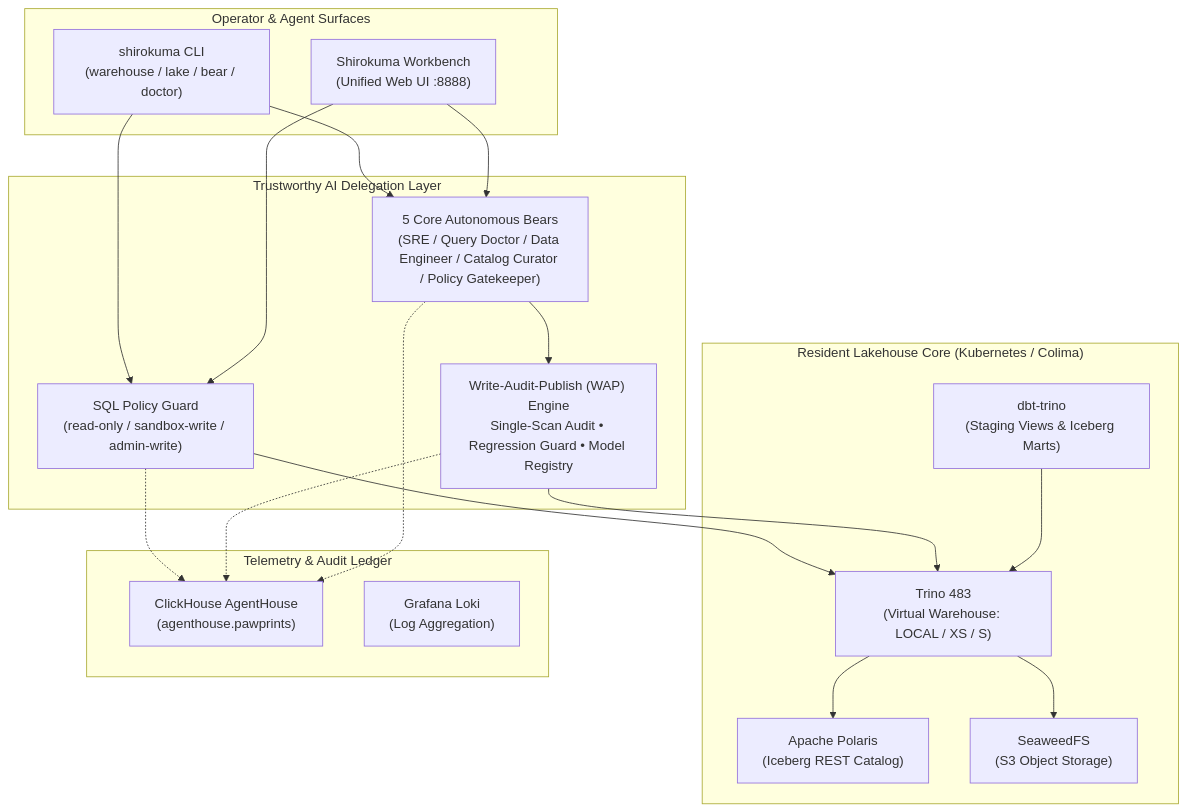
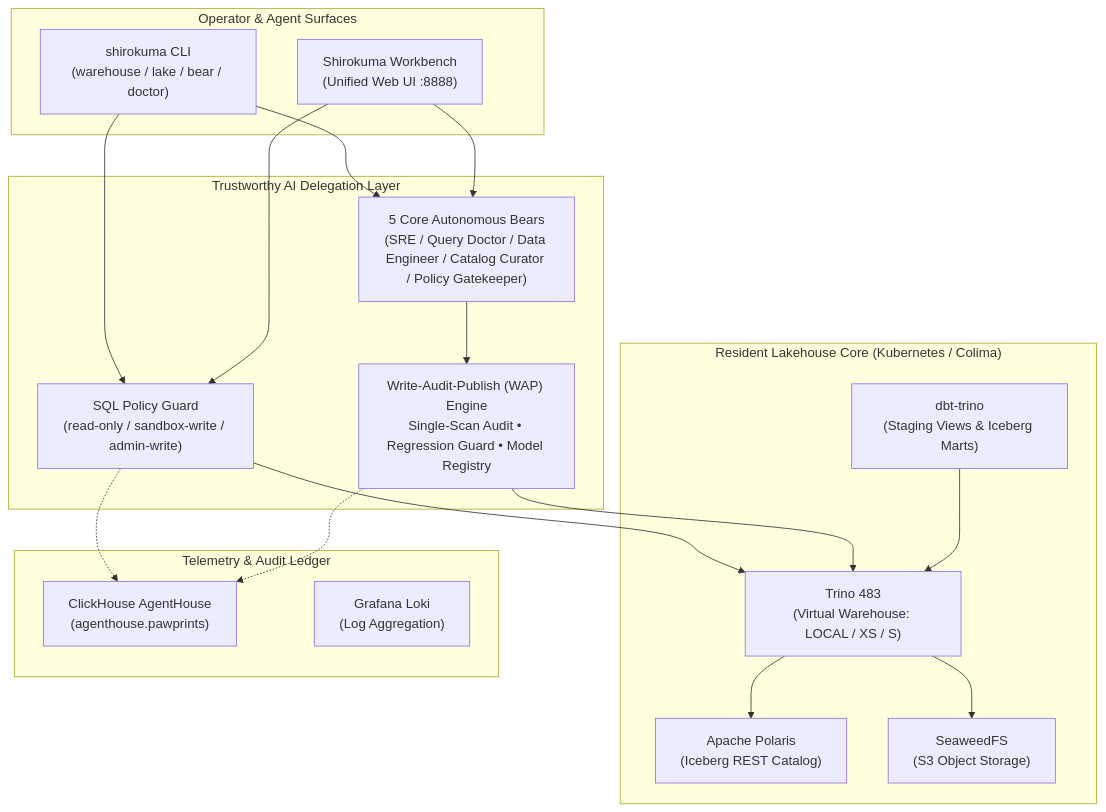
Before and after one commit to TommyKammy/Shirokuma: the diagram in README.md, drawn with Mermaid. The commit also changed other lines of this file and 49 other files, not shown here.

````diff
--- a/README.md
+++ b/README.md
@@ -26,39 +26,38 @@
 ```mermaid
 flowchart TB
     subgraph UI["Operator & Agent Surfaces"]
         CLI["shirokuma CLI<br/>(warehouse / lake / bear / doctor)"]
         WB["Shirokuma Workbench<br/>(Unified Web UI :8888)"]
     end
 
     subgraph Guardrails["Trustworthy AI Delegation Layer"]
         Pol["SQL Policy Guard<br/>(read-only / sandbox-write / admin-write)"]
         WAP["Write-Audit-Publish (WAP) Engine<br/>Single-Scan Audit • Regression Guard • Model Registry"]
         Bears["5 Core Autonomous Bears<br/>(SRE / Query Doctor / Data Engineer / Catalog Curator / Policy Gatekeeper)"]
     end
 
     subgraph Lakehouse["Resident Lakehouse Core (Kubernetes / Colima)"]
         Trino["Trino 483<br/>(Virtual Warehouse: LOCAL / XS / S)"]
         Polaris["Apache Polaris<br/>(Iceberg REST Catalog)"]
         Seaweed["SeaweedFS<br/>(S3 Object Storage)"]
         DBT["dbt-trino<br/>(Staging Views & Iceberg Marts)"]
     end
 
     subgraph Observability["Telemetry & Audit Ledger"]
         CH["ClickHouse AgentHouse<br/>(agenthouse.pawprints)"]
         Loki["Grafana Loki<br/>(Log Aggregation)"]
     end
 
     CLI --> Pol
     WB --> Pol
     CLI --> Bears
     WB --> Bears
     Bears --> WAP
     Pol --> Trino
     WAP --> Trino
     DBT --> Trino
     Trino --> Polaris
     Trino --> Seaweed
     Pol -.-> CH
     WAP -.-> CH
-    Bears -.-> CH
 ```
````
